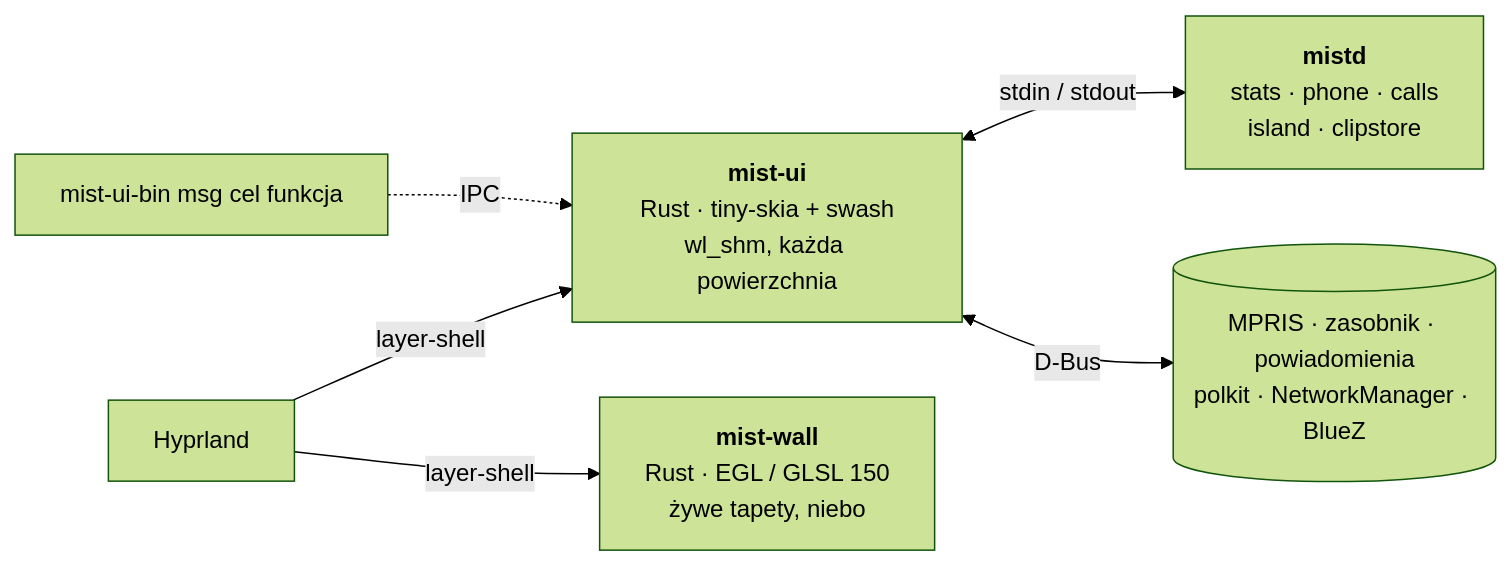
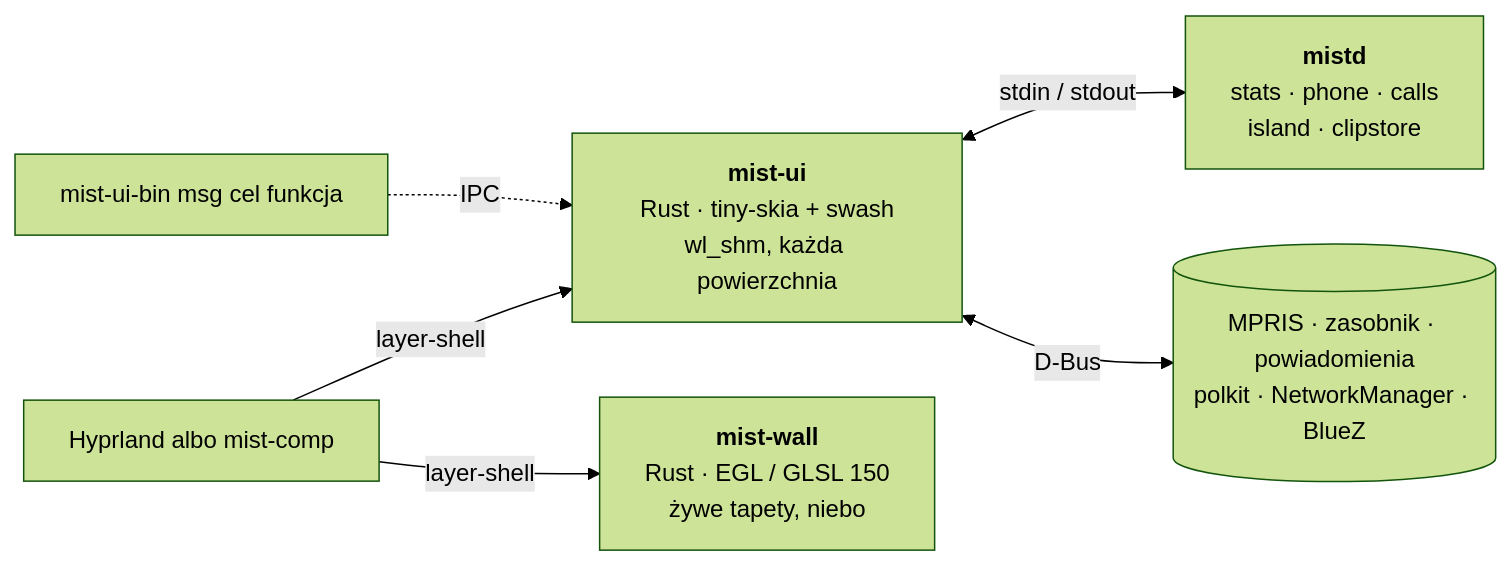
Before and after one commit to wiktor-jozwiak/mist: the diagram in docs/i18n/README.pl.md, drawn with Mermaid (forest theme). The commit also changed other lines of this file and 1 other file, not shown here.

Commit message:
README (en, pl): snapping row, mist-comp features, either compositor, nested test runner

````diff
--- a/docs/i18n/README.pl.md
+++ b/docs/i18n/README.pl.md
@@ -142,8 +143,8 @@
 ```mermaid
 flowchart LR
-    H[Hyprland] -- layer-shell --> UI["<b>mist-ui</b><br/>Rust · tiny-skia + swash<br/>wl_shm, każda powierzchnia"]
+    H["Hyprland albo mist-comp"] -- layer-shell --> UI["<b>mist-ui</b><br/>Rust · tiny-skia + swash<br/>wl_shm, każda powierzchnia"]
     H -- layer-shell --> W["<b>mist-wall</b><br/>Rust · EGL / GLSL 150<br/>żywe tapety, niebo"]
     UI <-- "stdin / stdout" --> D["<b>mistd</b><br/>stats · phone · calls<br/>island · clipstore"]
     UI <-- D-Bus --> S[(MPRIS · zasobnik · powiadomienia<br/>polkit · NetworkManager · BlueZ)]
     CLI["mist-ui-bin msg cel funkcja"] -. IPC .-> UI
 ```
````
